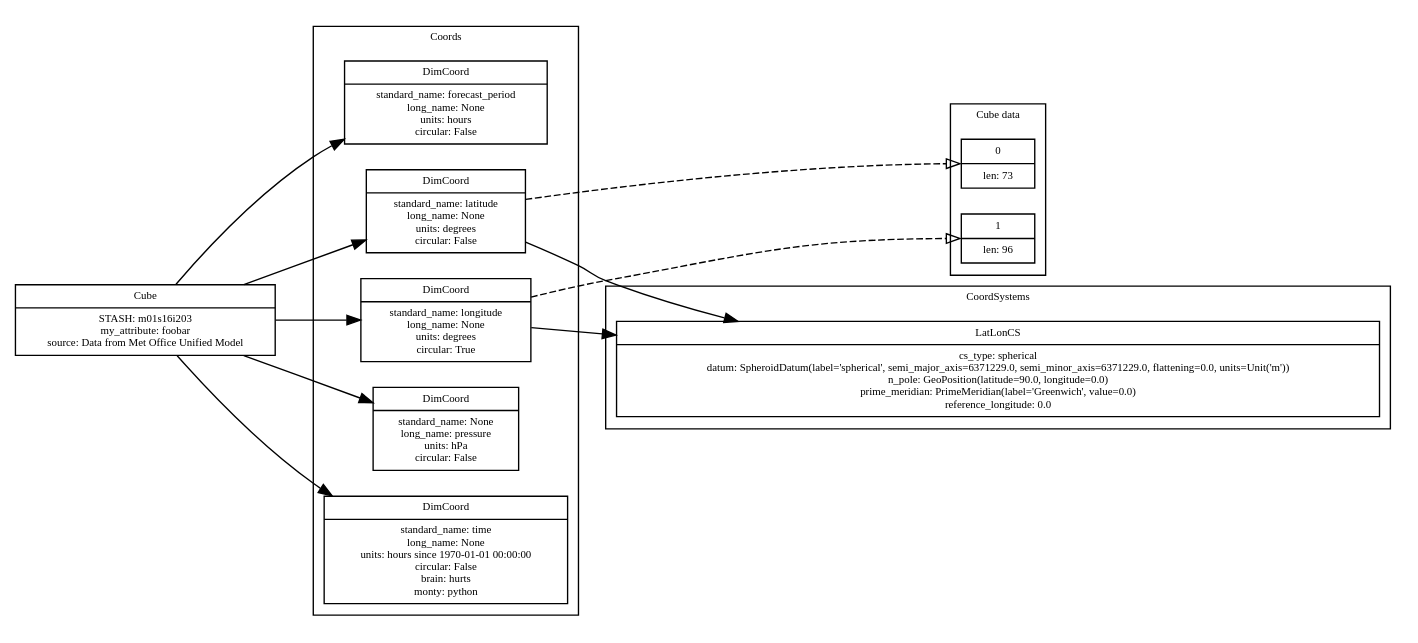
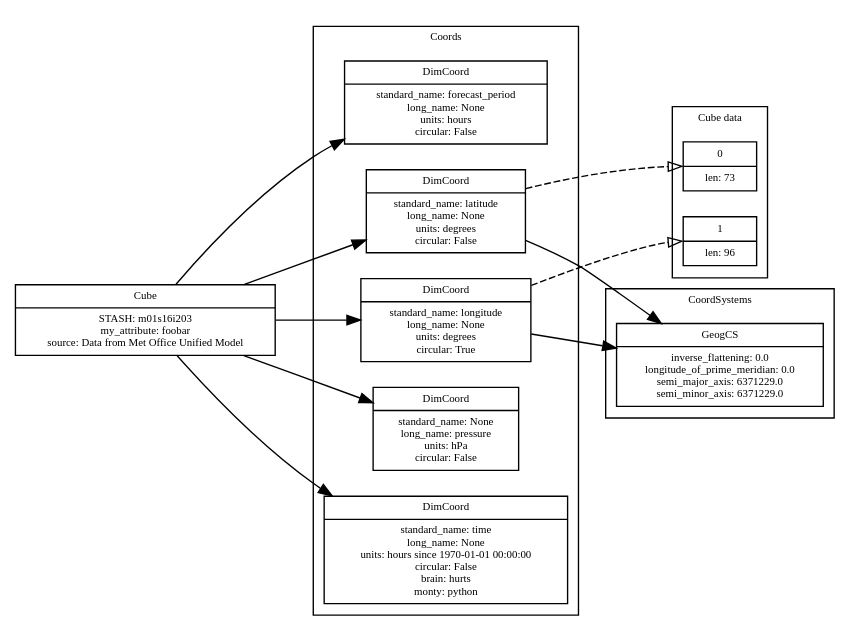
Before and after one commit to SciTools/iris: the diagram in etc/iris_tests_results/file_load/coord_attributes.dot, drawn with Graphviz. The commit also changed 302 other files, not shown here.

```diff
--- a/etc/iris_tests_results/file_load/coord_attributes.dot
+++ b/etc/iris_tests_results/file_load/coord_attributes.dot
@@ -1,87 +1,87 @@
 
 digraph CubeGraph{
 
     rankdir = "LR"
     fontname = "Bitstream Vera Sans"
     fontsize = 8
 
     node [
         fontname = "Bitstream Vera Sans"
         fontsize = 8
         shape = "record"
     ]
 
 #   Nodes
     ":Cube" [
         label = "Cube|STASH: m01s16i203\nmy_attribute: foobar\nsource: Data from Met Office Unified Model"
     ]
 
     
     subgraph clusterCubeDimensions {
         label="Cube data"
     
         "CubeDimension_0" [
             label = "0|len: 73"
         ]
 
         "CubeDimension_1" [
             label = "1|len: 96"
         ]
 
     }
     
     
     subgraph clusterCoords {
         label = "Coords"
         "Coord_0" [
             label = "DimCoord|standard_name: forecast_period\nlong_name: None\nunits: hours\ncircular: False"
         ]
         "Coord_1" [
             label = "DimCoord|standard_name: latitude\nlong_name: None\nunits: degrees\ncircular: False"
         ]
         "Coord_2" [
             label = "DimCoord|standard_name: longitude\nlong_name: None\nunits: degrees\ncircular: True"
         ]
         "Coord_3" [
             label = "DimCoord|standard_name: None\nlong_name: pressure\nunits: hPa\ncircular: False"
         ]
         "Coord_4" [
             label = "DimCoord|standard_name: time\nlong_name: None\nunits: hours since 1970-01-01 00:00:00\ncircular: False\nbrain: hurts\nmonty: python"
         ]
 
     }
     
     
     subgraph clusterCoordSystems {
         label = "CoordSystems"
-        "CoordSystem_LatLonCS_0" [
-            label = "LatLonCS|cs_type: spherical\ndatum: SpheroidDatum(label='spherical', semi_major_axis=6371229.0, semi_minor_axis=6371229.0, flattening=0.0, units=Unit('m'))\nn_pole: GeoPosition(latitude=90.0, longitude=0.0)\nprime_meridian: PrimeMeridian(label='Greenwich', value=0.0)\nreference_longitude: 0.0"
+        "CoordSystem_GeogCS_0" [
+            label = "GeogCS|inverse_flattening: 0.0\nlongitude_of_prime_meridian: 0.0\nsemi_major_axis: 6371229.0\nsemi_minor_axis: 6371229.0"
         ]
 
     }
     
     edge [
         arrowhead = "normal"
     ]
 
 #   RELATIONSHIPS
 
 #   Containment
     
     ":Cube" -> "Coord_0"
-    "Coord_1" -> "CoordSystem_LatLonCS_0"
+    "Coord_1" -> "CoordSystem_GeogCS_0"
     ":Cube" -> "Coord_1"
-    "Coord_2" -> "CoordSystem_LatLonCS_0"
+    "Coord_2" -> "CoordSystem_GeogCS_0"
     ":Cube" -> "Coord_2"
     ":Cube" -> "Coord_3"
     ":Cube" -> "Coord_4"
     edge [
         style="dashed"
         arrowhead = "onormal"
     ]
 
 #   Association
     
     "Coord_1" -> "CubeDimension_0":w
     "Coord_2" -> "CubeDimension_1":w
 }
```
